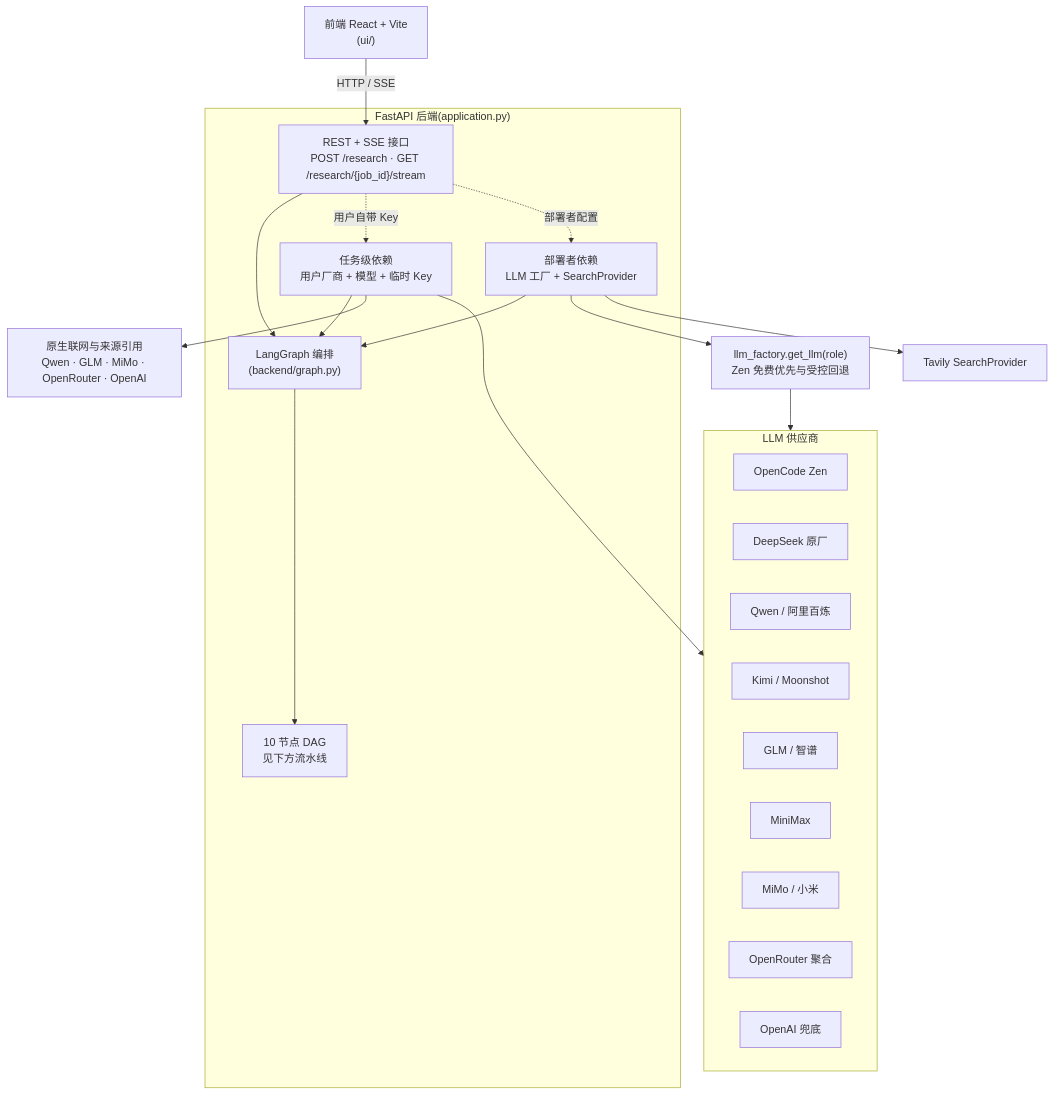
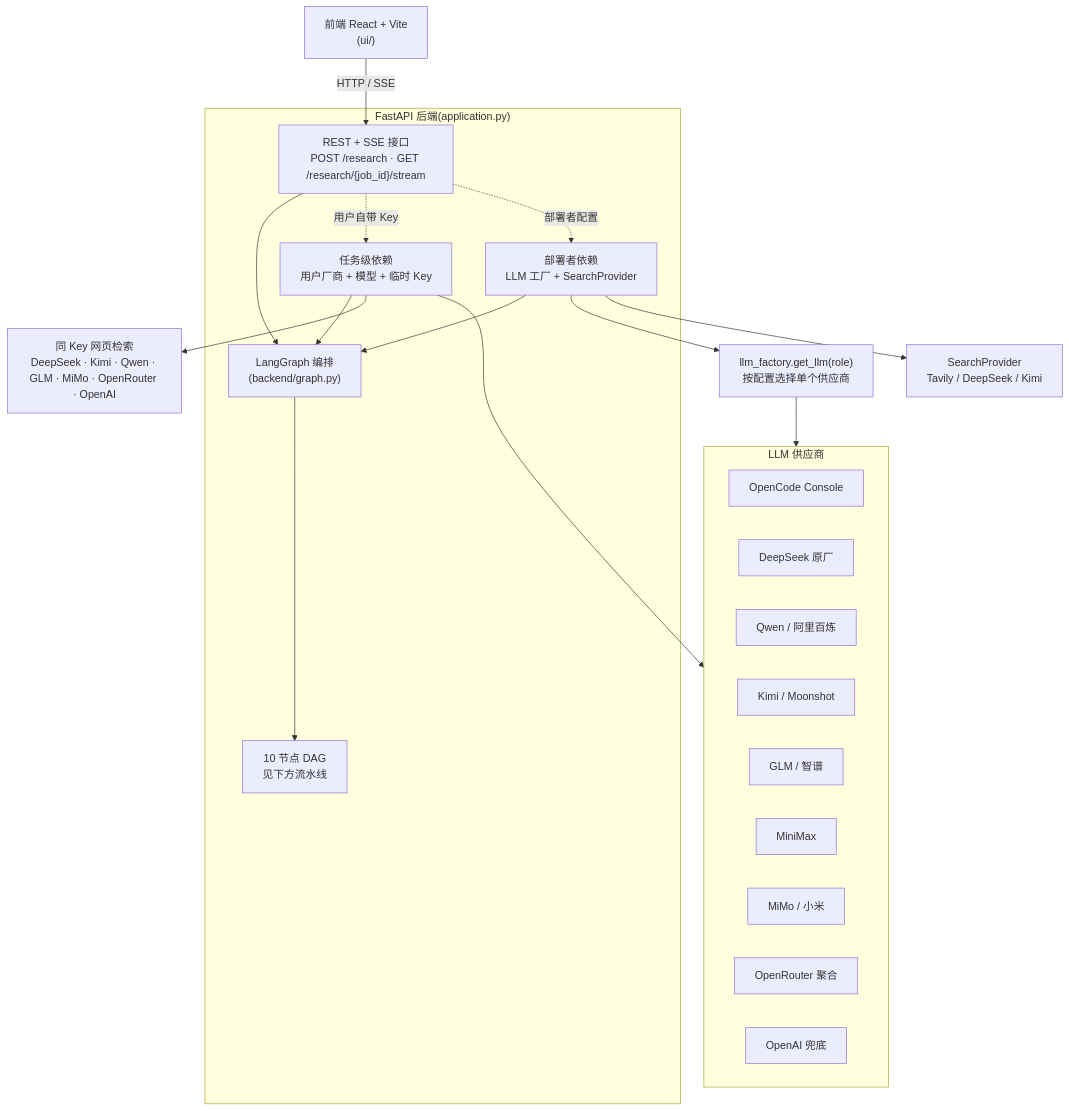
One commit to BovmantH/cn-company-research-agent changed the first of 2 diagrams in README.md. Above: the diagram before and after it, drawn with Mermaid. The commit also changed other lines of this file and 2 other files, not shown here.

````diff
--- a/README.md
+++ b/README.md
@@ -63,32 +63,32 @@
 ```mermaid
 flowchart TB
     UI["前端 React + Vite<br/>(ui/)"] -- HTTP / SSE --> API
     subgraph Backend["FastAPI 后端(application.py)"]
         API["REST + SSE 接口<br/>POST /research · GET /research/{job_id}/stream"]
         ClientDeps["任务级依赖<br/>用户厂商 + 模型 + 临时 Key"]
         ServerDeps["部署者依赖<br/>LLM 工厂 + SearchProvider"]
         Graph["LangGraph 编排<br/>(backend/graph.py)"]
         API --> Graph
         API -.用户自带 Key.-> ClientDeps
         API -.部署者配置.-> ServerDeps
         ClientDeps --> Graph
         ServerDeps --> Graph
         Graph --> Pipeline["10 节点 DAG<br/>见下方流水线"]
     end
-    ClientDeps --> NativeSearch["原生联网与来源引用<br/>Qwen · GLM · MiMo · OpenRouter · OpenAI"]
-    ServerDeps --> LLM["llm_factory.get_llm(role)<br/>Zen 免费优先与受控回退"]
-    ServerDeps --> Tavily["Tavily SearchProvider"]
+    ClientDeps --> NativeSearch["同 Key 网页检索<br/>DeepSeek · Kimi · Qwen · GLM · MiMo · OpenRouter · OpenAI"]
+    ServerDeps --> LLM["llm_factory.get_llm(role)<br/>按配置选择单个供应商"]
+    ServerDeps --> Search["SearchProvider<br/>Tavily / DeepSeek / Kimi"]
     ClientDeps --> Vendors
     LLM --> Vendors
     subgraph Vendors["LLM 供应商"]
-        OC[OpenCode Zen]
+        OC[OpenCode Console]
         D[DeepSeek 原厂]
         Q[Qwen / 阿里百炼]
         K[Kimi / Moonshot]
         G[GLM / 智谱]
         MM[MiniMax]
         M[MiMo / 小米]
         OR[OpenRouter 聚合]
         OAI[OpenAI 兜底]
     end
 ```
````
